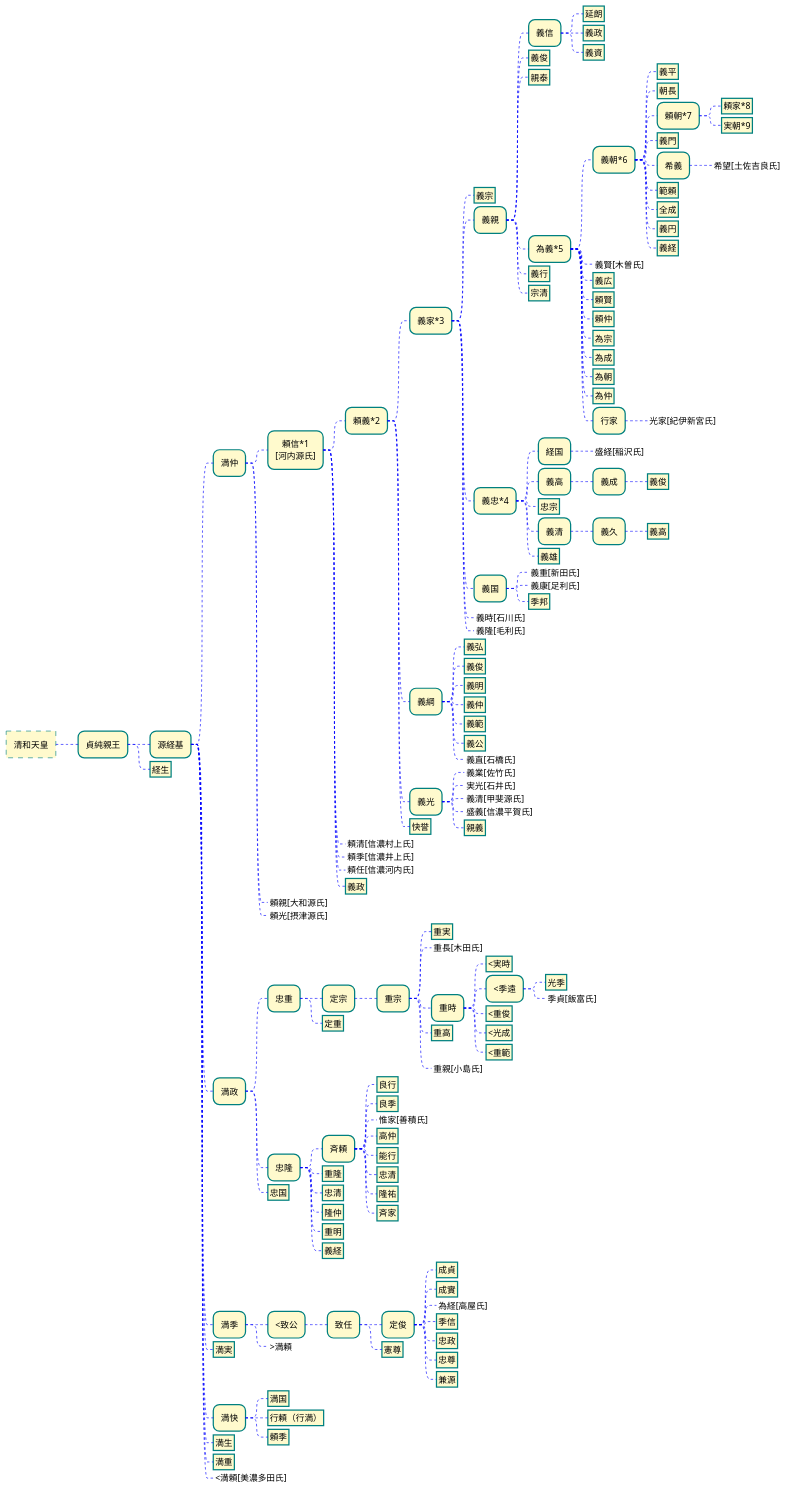
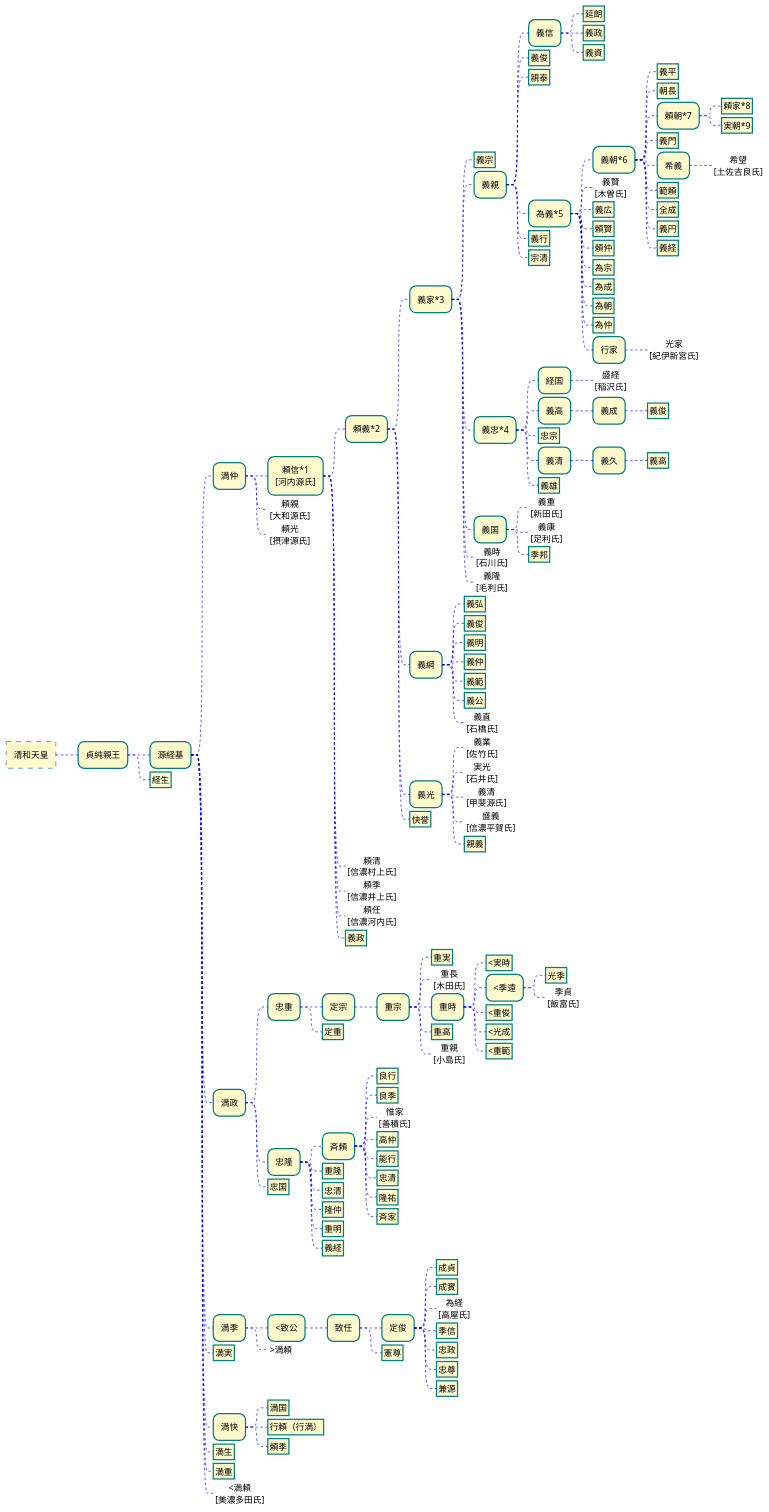
One commit to fukasawa-takuya/descent_group changed the diagram in seiwa_genji.pu. Above: the diagram before and after it, drawn with PlantUML. The commit also changed 3 other files, not shown here.

```diff
--- a/seiwa_genji.pu
+++ b/seiwa_genji.pu
@@ -1,170 +1,170 @@
 @startmindmap
 <style>
 node {
     Padding 12
     Margin 3
     HorizontalAlignment center
     LineColor Teal
     LineThickness 2.0
     BackgroundColor LemonChiffon
     RoundCorner 20
     MaximumWidth 100
 }
 
 rootNode {
     LineStyle 8.0;3.0
     LineColor Teal
     BackgroundColor LemonChiffon
     LineThickness 1.0
     RoundCorner 0
     Shadowing 0.0
 }
 
 leafNode {
     LineColor Teal
     RoundCorner 0
     Padding 3
 }
 
 arrow {
     LineStyle 4
     LineThickness 1
     LineColor blue
 }
 </style>
 
 * 清和天皇
 	* 貞純親王
 		* 源経基
 			* 満仲
 				* 頼信*1\n[河内源氏]
 					* 頼義*2
 						* 義家*3
 							* 義宗
 							* 義親
 								* 義信
 									* 延朗
 									* 義政
 									* 義資
 								* 義俊
 								* 親泰
 								* 為義*5
 									* 義朝*6
 										* 義平
 										* 朝長
 										* 頼朝*7
 											* 頼家*8
 											* 実朝*9
 										* 義門
 										* 希義
-											*_ 希望[土佐吉良氏]
+											*_ 希望\n[土佐吉良氏]
 										* 範頼
 										* 全成
 										* 義円
 										* 義経
-									*_ 義賢[木曽氏]
+									*_ 義賢\n[木曽氏]
 									* 義広
 									* 頼賢
 									* 頼仲
 									* 為宗
 									* 為成
 									* 為朝
 									* 為仲
 									* 行家
-										*_ 光家[紀伊新宮氏]
+										*_ 光家\n[紀伊新宮氏]
 								* 義行
 								* 宗清
 							* 義忠*4
 								* 経国
-									*_ 盛経[稲沢氏]
+									*_ 盛経\n[稲沢氏]
 								* 義高
 									* 義成
 										* 義俊
 								* 忠宗
 								* 義清
 									* 義久
 										* 義高
 								* 義雄
 							* 義国
-								*_ 義重[新田氏]
-								*_ 義康[足利氏]
+								*_ 義重\n[新田氏]
+								*_ 義康\n[足利氏]
 								* 季邦
-							*_ 義時[石川氏]
-							*_ 義隆[毛利氏]
+							*_ 義時\n[石川氏]
+							*_ 義隆\n[毛利氏]
 						* 義綱
 							* 義弘
 							* 義俊
 							* 義明
 							* 義仲
 							* 義範
 							* 義公
-							*_ 義直[石橋氏]
+							*_ 義直\n[石橋氏]
 						* 義光
-							*_ 義業[佐竹氏]
-							*_ 実光[石井氏]
-							*_ 義清[甲斐源氏]
-							*_ 盛義[信濃平賀氏]
+							*_ 義業\n[佐竹氏]
+							*_ 実光\n[石井氏]
+							*_ 義清\n[甲斐源氏]
+							*_ 盛義\n[信濃平賀氏]
 							* 親義
 						* 快誉
-					*_ 頼清[信濃村上氏]
-					*_ 頼季[信濃井上氏]
-					*_ 頼任[信濃河内氏]
+					*_ 頼清\n[信濃村上氏]
+					*_ 頼季\n[信濃井上氏]
+					*_ 頼任\n[信濃河内氏]
 					* 義政
-				*_ 頼親[大和源氏]
-				*_ 頼光[摂津源氏]
+				*_ 頼親\n[大和源氏]
+				*_ 頼光\n[摂津源氏]
 			* 満政
 				* 忠重
 					* 定宗
 						* 重宗
 							* 重実
-							*_ 重長[木田氏]
+							*_ 重長\n[木田氏]
 							* 重時
 								* <実時
 								* <季遠
 									* 光季
-									*_ 季貞[飯富氏]
+									*_ 季貞\n[飯富氏]
 								* <重俊
 								* <光成
 								* <重範
 							* 重高
-							*_ 重親[小島氏]
+							*_ 重親\n[小島氏]
 					* 定重
 				* 忠隆
 					* 斉頼
 						* 良行
 						* 良季
-						*_ 惟家[善積氏]
+						*_ 惟家\n[善積氏]
 						* 高仲
 						* 能行
 						* 忠清
 						* 隆祐
 						* 斉家
 					* 重隆
 					* 忠清
 					* 隆仲
 					* 重明
 					* 義経
 				* 忠国
 			* 満季
 				* <致公
 					* 致任
 						* 定俊
 							* 成貞
 							* 成實
-							*_ 為経[高屋氏]
+							*_ 為経\n[高屋氏]
 							* 季信
 							* 忠政
 							* 忠尊
 							* 兼源
 						* 憲尊
 				*_ >満頼
 			* 満実
 			* 満快
 				* 満国
 				* 行頼（行満）
 				* 頼季
 			* 満生
 			* 満重
-			*_ <満頼[美濃多田氏]
+			*_ <満頼\n[美濃多田氏]
 		* 経生
 @endmindmap
```
